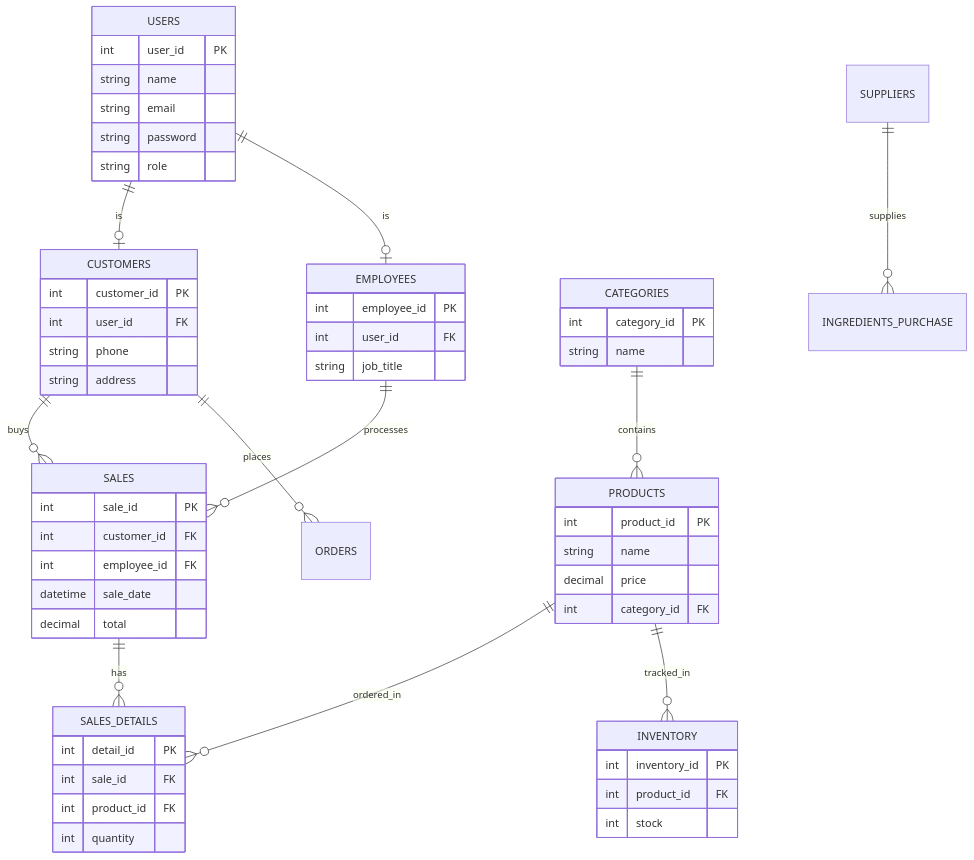
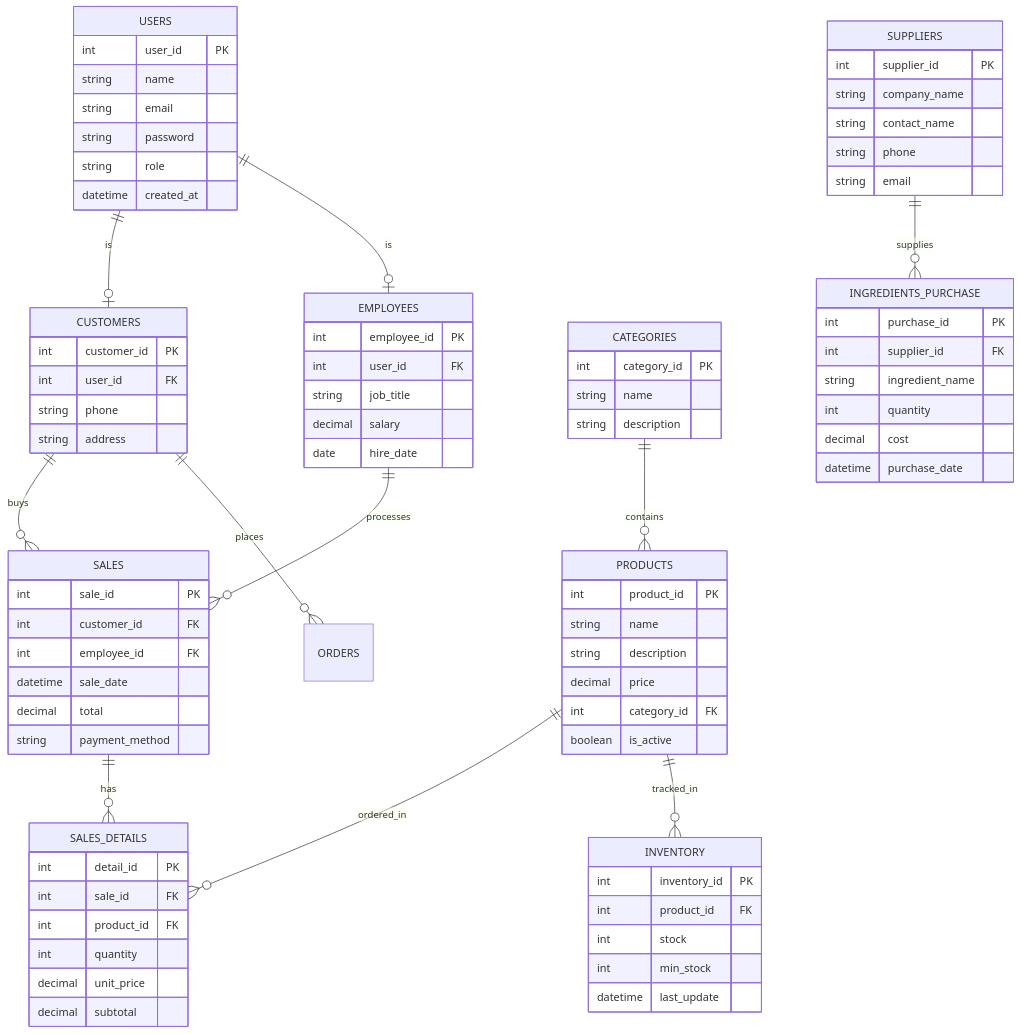
One commit to perezcalderondulcemariam3s1-gif/mielecita changed the diagram in docs/erd_diagram.mmd. Above: the diagram before and after it, drawn with Mermaid.

Commit message:
Add new fields and tables to ERD diagram

```diff
--- a/docs/erd_diagram.mmd
+++ b/docs/erd_diagram.mmd
@@ -1,65 +1,93 @@
 erDiagram
     USERS ||--o| CUSTOMERS : "is"
     USERS ||--o| EMPLOYEES : "is"
     CATEGORIES ||--o{ PRODUCTS : "contains"
     PRODUCTS ||--o{ SALES_DETAILS : "ordered_in"
     SALES ||--o{ SALES_DETAILS : "has"
     CUSTOMERS ||--o{ SALES : "buys"
     EMPLOYEES ||--o{ SALES : "processes"
     PRODUCTS ||--o{ INVENTORY : "tracked_in"
     SUPPLIERS ||--o{ INGREDIENTS_PURCHASE : "supplies"
     CUSTOMERS ||--o{ ORDERS : "places"
 
     USERS {
         int user_id PK
         string name
         string email
         string password
         string role
+        datetime created_at
     }
 
     CUSTOMERS {
         int customer_id PK
         int user_id FK
         string phone
         string address
     }
 
     EMPLOYEES {
         int employee_id PK
         int user_id FK
         string job_title
+        decimal salary
+        date hire_date
     }
 
     PRODUCTS {
         int product_id PK
         string name
+        string description
         decimal price
         int category_id FK
+        boolean is_active
     }
 
     SALES {
         int sale_id PK
         int customer_id FK
         int employee_id FK
         datetime sale_date
         decimal total
+        string payment_method
     }
 
     SALES_DETAILS {
         int detail_id PK
         int sale_id FK
         int product_id FK
         int quantity
+        decimal unit_price
+        decimal subtotal
     }
 
     INVENTORY {
         int inventory_id PK
         int product_id FK
         int stock
+        int min_stock
+        datetime last_update
     }
 
     CATEGORIES {
         int category_id PK
         string name
+        string description
     }
+
+    SUPPLIERS {
+        int supplier_id PK
+        string company_name
+        string contact_name
+        string phone
+        string email
+    }
+
+    INGREDIENTS_PURCHASE {
+        int purchase_id PK
+        int supplier_id FK
+        string ingredient_name
+        int quantity
+        decimal cost
+        datetime purchase_date
+    }
```
